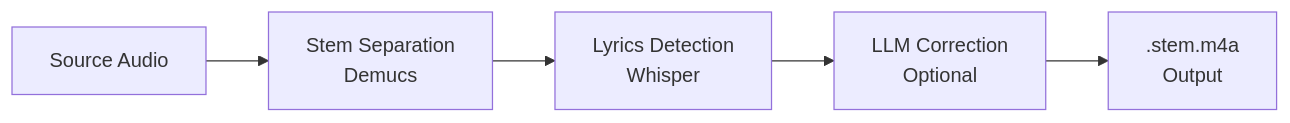
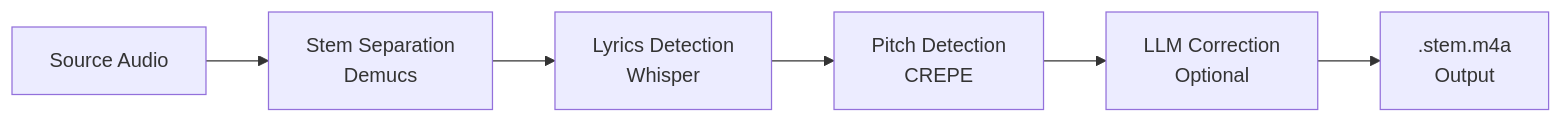
The second of 5 diagrams in docs/architecture.md (monteslu/loukai), drawn with Mermaid before and after one commit. The commit also changed other lines of this file and 6 other files, not shown here.

````diff
--- a/docs/architecture.md
+++ b/docs/architecture.md
@@ -157,7 +163,8 @@
 ```mermaid
 graph LR
     Audio[Source Audio] --> Stems[Stem Separation<br/>Demucs]
     Stems --> Lyrics[Lyrics Detection<br/>Whisper]
-    Lyrics --> LLM[LLM Correction<br/>Optional]
+    Lyrics --> Pitch[Pitch Detection<br/>CREPE]
+    Pitch --> LLM[LLM Correction<br/>Optional]
     LLM --> M4A[.stem.m4a<br/>Output]
 ```
````
